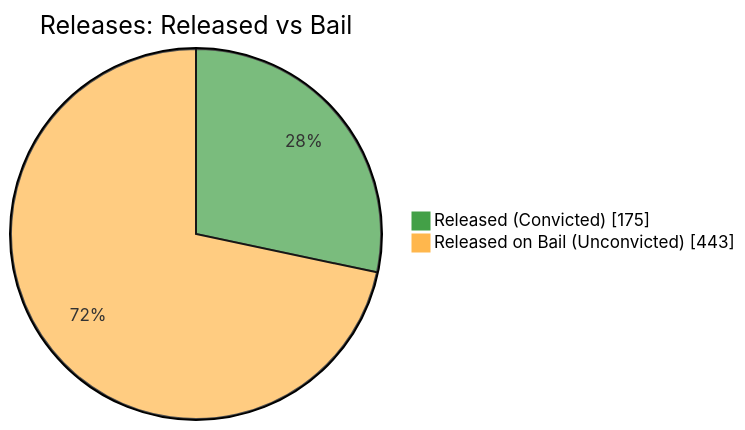
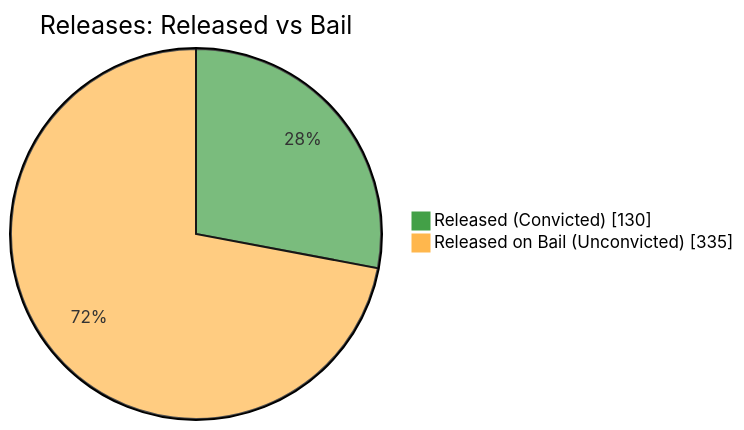
The fifth of 7 diagrams in README.md (nuuuwan/lk_prisons), drawn with Mermaid before and after one commit. The commit also changed other lines of this file and 1 other file, not shown here.

````diff
--- a/README.md
+++ b/README.md
@@ -87,6 +87,6 @@
 ```mermaid
 %%{init: {'themeVariables': {'pie1': '#43A047', 'pie2': '#FFB74D'}}}%%
 pie showData title Releases: Released vs Bail
-    "Released (Convicted)" : 175
-    "Released on Bail (Unconvicted)" : 443
+    "Released (Convicted)" : 130
+    "Released on Bail (Unconvicted)" : 335
 ```
````
